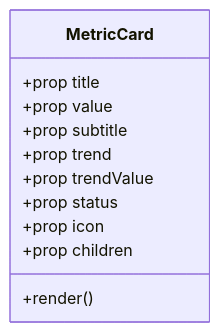
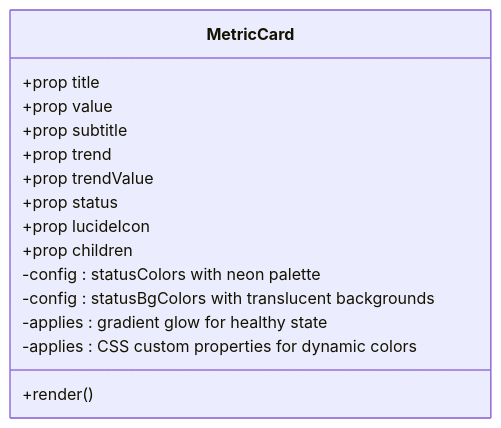
One commit to RunTimeAdmin/InfraWatch changed the seventh of 19 diagrams in .qoder/repowiki/en/content/Frontend Architecture/Component Architecture.md. Above: the diagram before and after it, drawn with Mermaid. The commit also changed other lines of this file and 12 other files, not shown here.

````diff
--- a/.qoder/repowiki/en/content/Frontend Architecture/Component Architecture.md
+++ b/.qoder/repowiki/en/content/Frontend Architecture/Component Architecture.md
@@ -335,14 +338,18 @@
 ```mermaid
 classDiagram
 class MetricCard {
 +prop title
 +prop value
 +prop subtitle
 +prop trend
 +prop trendValue
 +prop status
-+prop icon
++prop lucideIcon
 +prop children
 +render()
+-config : statusColors with neon palette
+-config : statusBgColors with translucent backgrounds
+-applies : gradient glow for healthy state
+-applies : CSS custom properties for dynamic colors
 }
 ```
````
